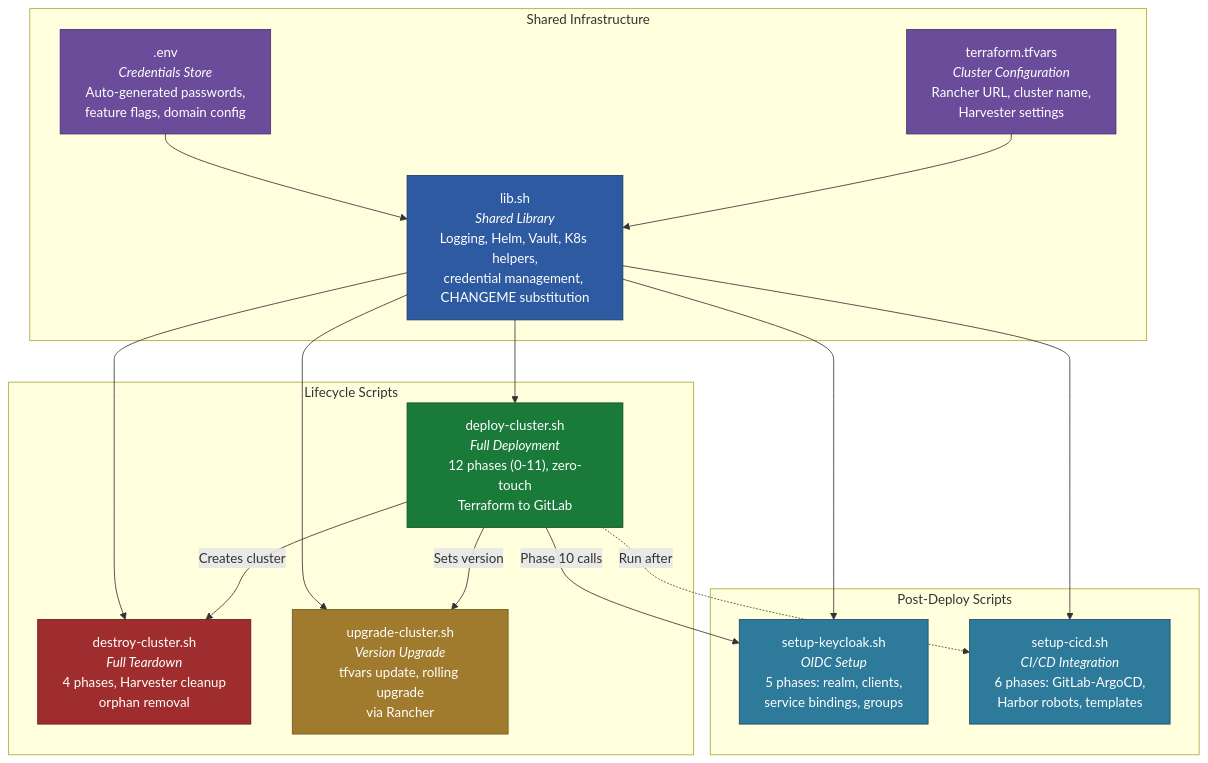
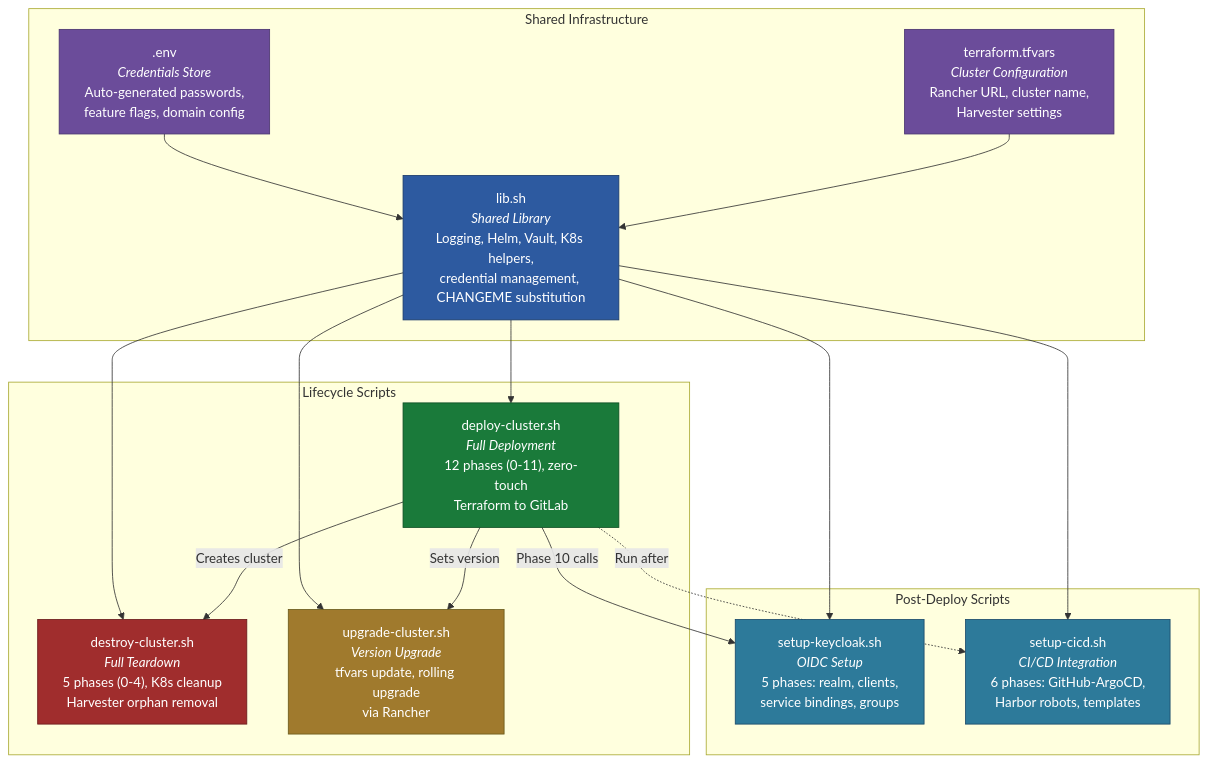
Before and after one commit to derhornspieler/harvester-rke2-platform: the first of 22 diagrams in docs/engineering/deployment-automation.md, drawn with Mermaid. The commit also changed other lines of this file and 50 other files, not shown here.

````diff
--- a/docs/engineering/deployment-automation.md
+++ b/docs/engineering/deployment-automation.md
@@ -31,43 +31,43 @@
 ```mermaid
 graph TB
     subgraph "Shared Infrastructure"
         LIB["lib.sh<br/><i>Shared Library</i><br/>Logging, Helm, Vault, K8s helpers,<br/>credential management, CHANGEME substitution"]
         ENV[".env<br/><i>Credentials Store</i><br/>Auto-generated passwords,<br/>feature flags, domain config"]
         TFVARS["terraform.tfvars<br/><i>Cluster Configuration</i><br/>Rancher URL, cluster name,<br/>Harvester settings"]
     end
 
     subgraph "Lifecycle Scripts"
         DEPLOY["deploy-cluster.sh<br/><i>Full Deployment</i><br/>12 phases (0-11), zero-touch<br/>Terraform to GitLab"]
-        DESTROY["destroy-cluster.sh<br/><i>Full Teardown</i><br/>4 phases, Harvester cleanup<br/>orphan removal"]
+        DESTROY["destroy-cluster.sh<br/><i>Full Teardown</i><br/>5 phases (0-4), K8s cleanup<br/>Harvester orphan removal"]
         UPGRADE["upgrade-cluster.sh<br/><i>Version Upgrade</i><br/>tfvars update, rolling upgrade<br/>via Rancher"]
     end
 
     subgraph "Post-Deploy Scripts"
         KEYCLOAK["setup-keycloak.sh<br/><i>OIDC Setup</i><br/>5 phases: realm, clients,<br/>service bindings, groups"]
-        CICD["setup-cicd.sh<br/><i>CI/CD Integration</i><br/>6 phases: GitLab-ArgoCD,<br/>Harbor robots, templates"]
+        CICD["setup-cicd.sh<br/><i>CI/CD Integration</i><br/>6 phases: GitHub-ArgoCD,<br/>Harbor robots, templates"]
     end
 
     LIB --> DEPLOY
     LIB --> DESTROY
     LIB --> UPGRADE
     LIB --> KEYCLOAK
     LIB --> CICD
 
     ENV --> LIB
     TFVARS --> LIB
 
     DEPLOY -->|"Phase 10 calls"| KEYCLOAK
     DEPLOY -.->|"Run after"| CICD
 
     DEPLOY -->|"Creates cluster"| DESTROY
     DEPLOY -->|"Sets version"| UPGRADE
 
     style LIB fill:#2d5aa0,stroke:#1a3a6a,color:#fff
     style ENV fill:#6b4c9a,stroke:#4a3470,color:#fff
     style TFVARS fill:#6b4c9a,stroke:#4a3470,color:#fff
     style DEPLOY fill:#1a7a3a,stroke:#0d4d22,color:#fff
     style DESTROY fill:#a02d2d,stroke:#6a1a1a,color:#fff
     style UPGRADE fill:#a07a2d,stroke:#6a5a1a,color:#fff
     style KEYCLOAK fill:#2d7a9a,stroke:#1a4a6a,color:#fff
     style CICD fill:#2d7a9a,stroke:#1a4a6a,color:#fff
 ```
````
